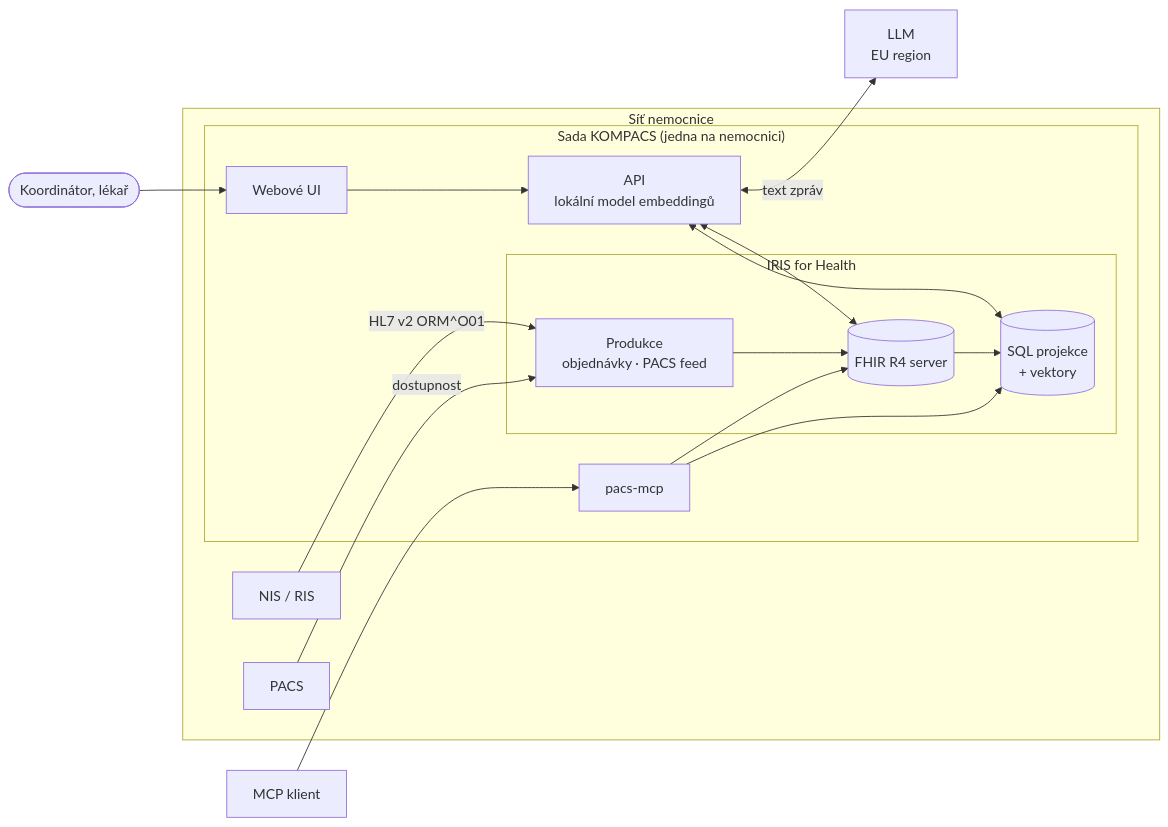
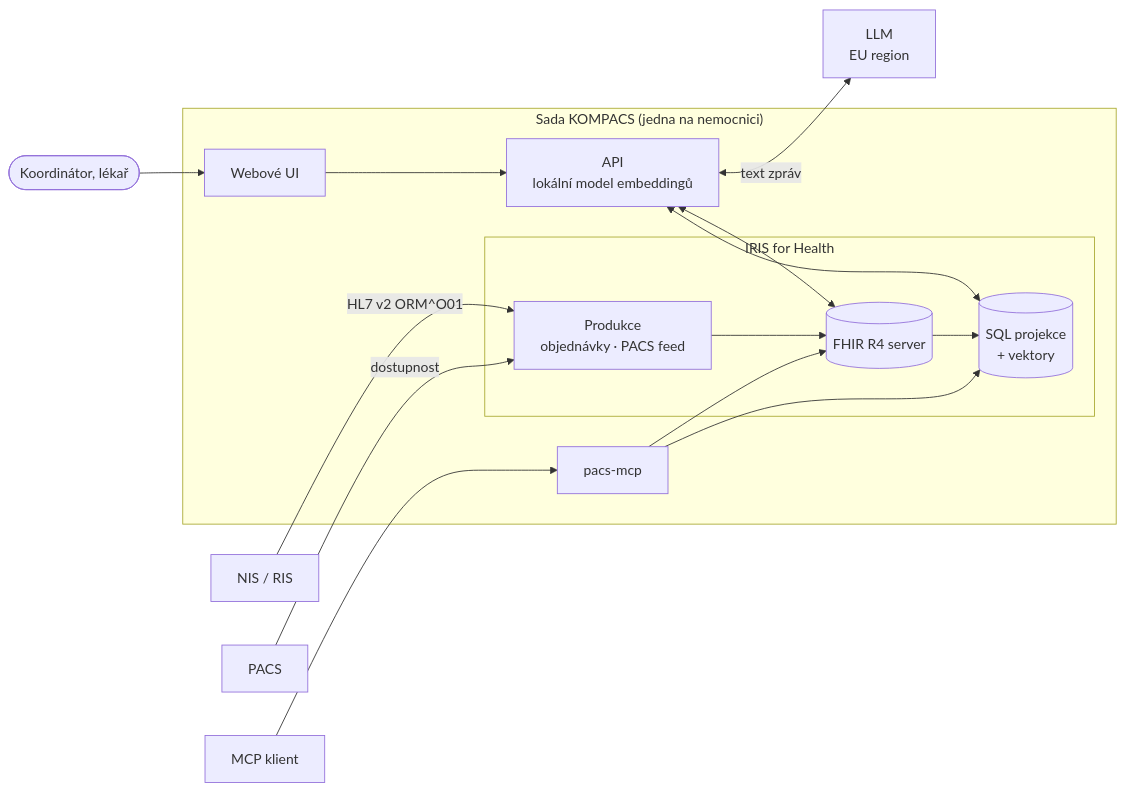
Before and after one commit to KomPACS/docs: the diagram in src/content/docs/cs/explanation/architecture.md, drawn with Mermaid. The commit also changed 4 other files, not shown here.

Commit message:
docs: add README, per-locale API sidebar, simpler architecture diagram

````diff
--- a/src/content/docs/cs/explanation/architecture.md
+++ b/src/content/docs/cs/explanation/architecture.md
@@ -10,31 +10,29 @@
 ```mermaid
 flowchart LR
-  subgraph HOSP["Síť nemocnice"]
-    NIS["NIS / RIS"]
-    PACS["PACS"]
-    subgraph STACK["Sada KOMPACS (jedna na nemocnici)"]
-      subgraph IRIS["IRIS for Health"]
-        PROD["Produkce<br/>objednávky · PACS feed"]
-        FHIR[("FHIR R4 server")]
-        SQL[("SQL projekce<br/>+ vektory")]
-      end
-      API["API<br/>lokální model embeddingů"]
-      WEB["Webové UI"]
-      MCP["pacs-mcp"]
+  NIS["NIS / RIS"]
+  PACS["PACS"]
+  subgraph STACK["Sada KOMPACS (jedna na nemocnici)"]
+    subgraph IRIS["IRIS for Health"]
+      PROD["Produkce<br/>objednávky · PACS feed"]
+      FHIR[("FHIR R4 server")]
+      SQL[("SQL projekce<br/>+ vektory")]
     end
+    API["API<br/>lokální model embeddingů"]
+    WEB["Webové UI"]
+    MCP["pacs-mcp"]
   end
   LLM["LLM<br/>EU region"]
   USER(["Koordinátor, lékař"])
   AGENT["MCP klient"]
 
   NIS -->|"HL7 v2 ORM^O01"| PROD
   PACS -->|"dostupnost"| PROD
   PROD --> FHIR --> SQL
   USER --> WEB --> API
   API <--> FHIR
   API <--> SQL
   API <-->|"text zpráv"| LLM
   AGENT --> MCP
   MCP --> FHIR
   MCP --> SQL
 ```
````
